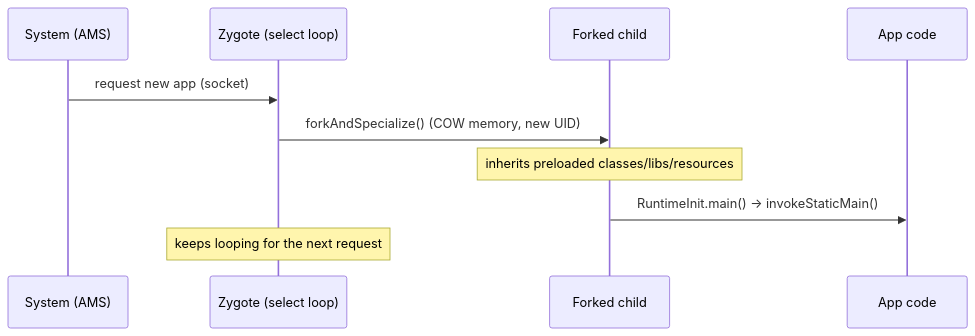
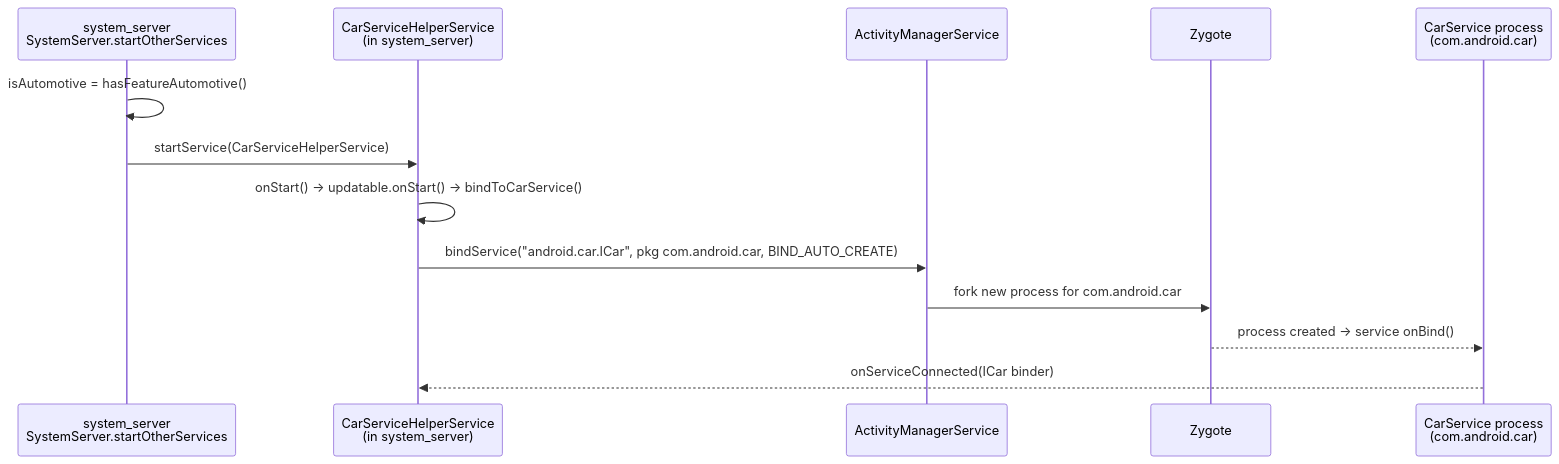
Diagram 11 of 12 in 07.AndroidBootingSequence/README.md (anaskhamees/Android-Automotive), drawn with Mermaid before and after one commit. The commit also changed other lines of this file and 12 other files, not shown here.

````diff
--- a/07.AndroidBootingSequence/README.md
+++ b/07.AndroidBootingSequence/README.md
@@ -562,12 +1566,15 @@
 ```mermaid
 sequenceDiagram
-    participant Sys as System (AMS)
-    participant Z as Zygote (select loop)
-    participant C as Forked child
-    participant App as App code
-    Sys->>Z: request new app (socket)
-    Z->>C: forkAndSpecialize() (COW memory, new UID)
-    Note over C: inherits preloaded classes/libs/resources
-    C->>App: RuntimeInit.main() → invokeStaticMain()
-    Note over Z: keeps looping for the next request
+    participant SS as system_server<br/>SystemServer.startOtherServices
+    participant H as CarServiceHelperService<br/>(in system_server)
+    participant AMS as ActivityManagerService
+    participant Z as Zygote
+    participant CS as CarService process<br/>(com.android.car)
+    SS->>SS: isAutomotive = hasFeatureAutomotive()
+    SS->>H: startService(CarServiceHelperService)
+    H->>H: onStart() → updatable.onStart() → bindToCarService()
+    H->>AMS: bindService("android.car.ICar", pkg com.android.car, BIND_AUTO_CREATE)
+    AMS->>Z: fork new process for com.android.car
+    Z-->>CS: process created → service onBind()
+    CS-->>H: onServiceConnected(ICar binder)
 ```
````
